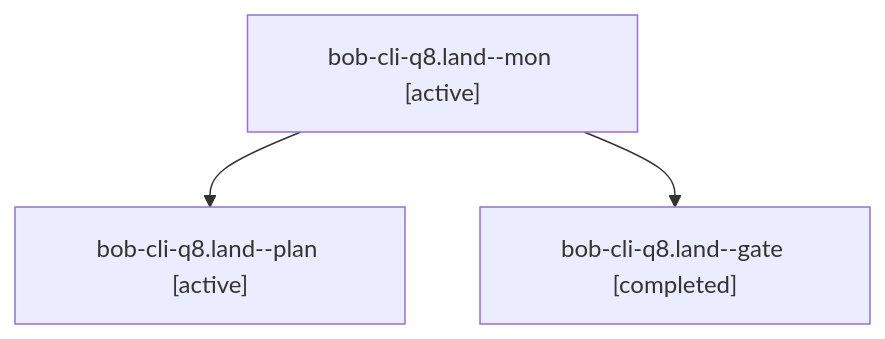
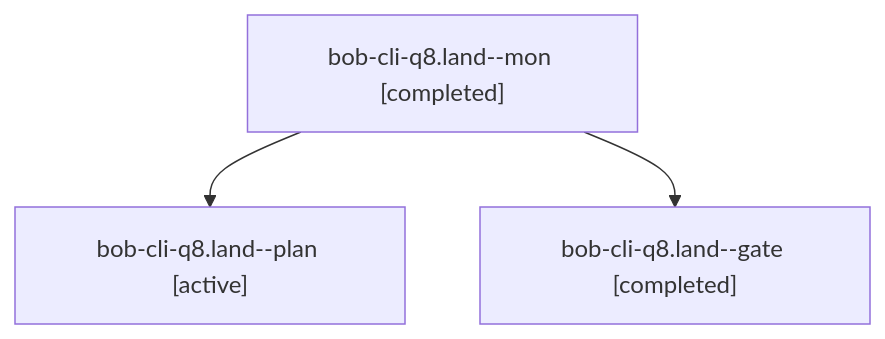
Before and after one commit to bobs-org/bob-cli--agents: the diagram in sessions/bbugyi200.apollo.bob-cli-q8.land.md, drawn with Mermaid. The commit also changed other lines of this file and 53 other files, not shown here.

````diff
--- a/sessions/bbugyi200.apollo.bob-cli-q8.land.md
+++ b/sessions/bbugyi200.apollo.bob-cli-q8.land.md
@@ -9,8 +9,8 @@
 ```mermaid
 flowchart TD
-  n0["bob-cli-q8.land--mon [active]"]
+  n0["bob-cli-q8.land--mon [completed]"]
   n1["bob-cli-q8.land--plan [active]"]
   n0 --> n1
   n2["bob-cli-q8.land--gate [completed]"]
   n0 --> n2
 ```
````
